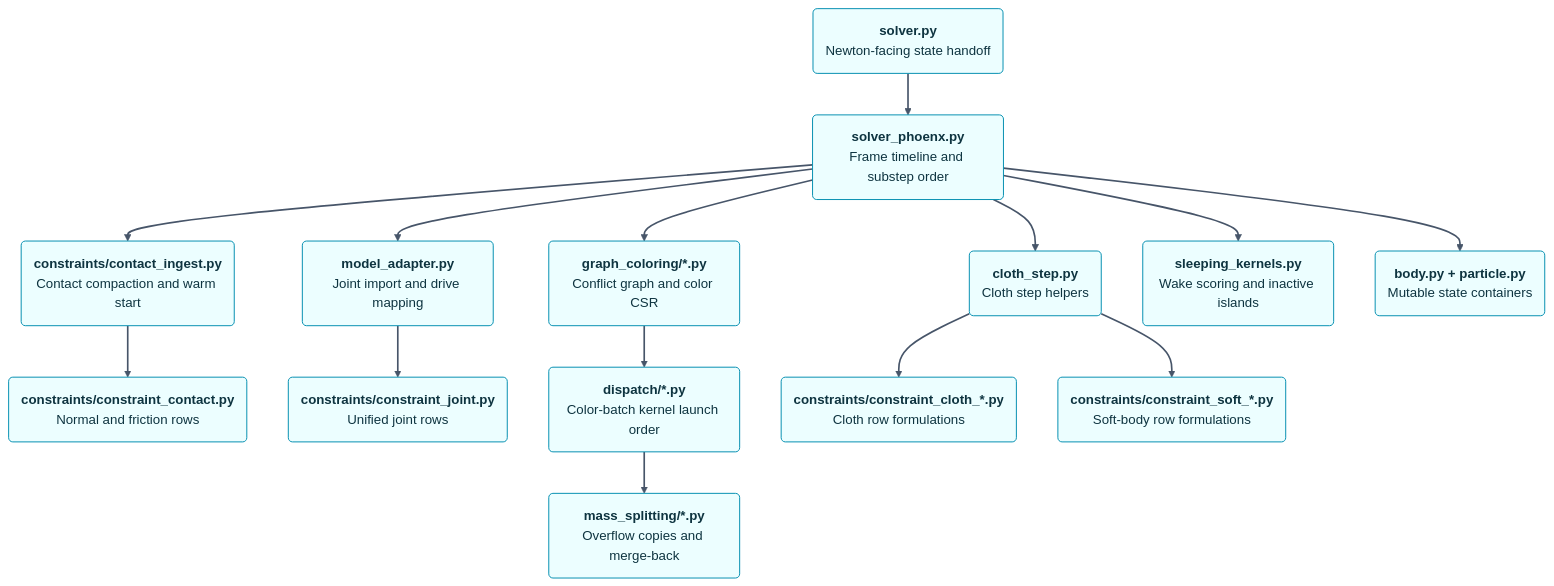
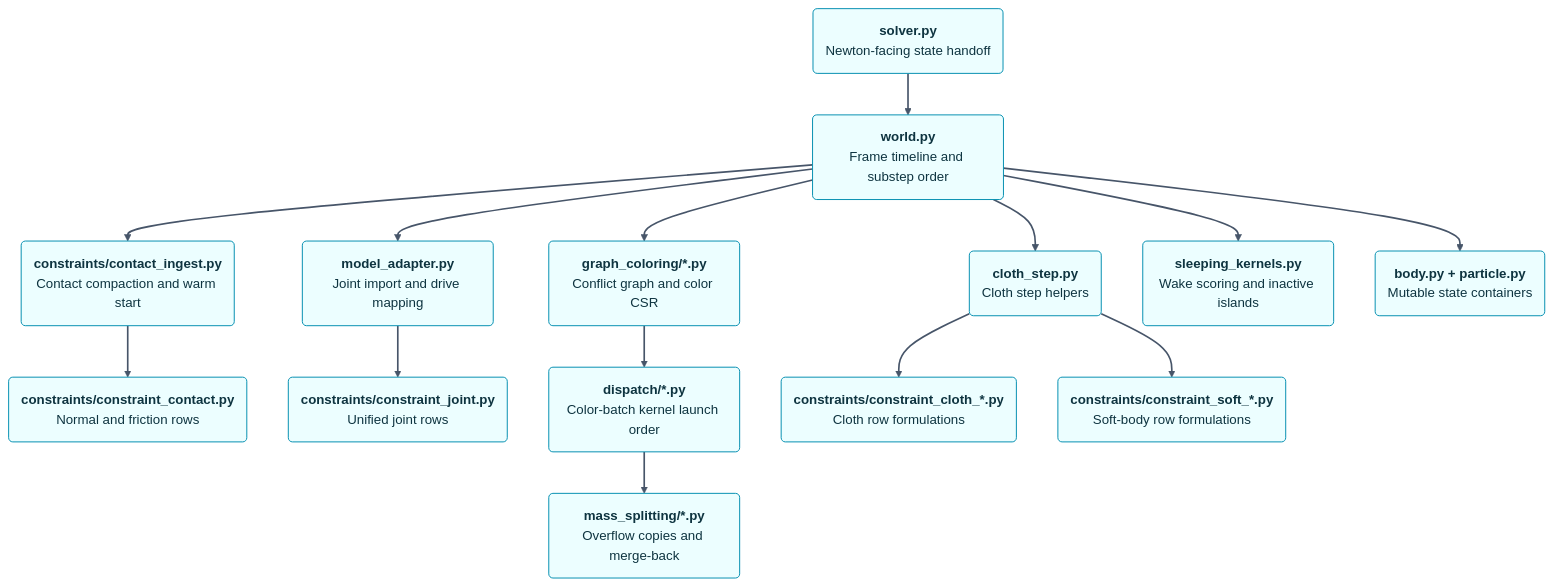
The fifth of 6 diagrams in newton/_src/solvers/phoenx/README.md (nvtw/newton), drawn with Mermaid (base theme) before and after one commit. The commit also changed other lines of this file and 79 other files, not shown here.

````diff
--- a/newton/_src/solvers/phoenx/README.md
+++ b/newton/_src/solvers/phoenx/README.md
@@ -182,44 +182,44 @@
 ```mermaid
 flowchart TD
     classDef file fill:#ecfeff,stroke:#0891b2,stroke-width:1.2px,color:#0e3440
     A("<b>solver.py</b><br/>Newton-facing state handoff"):::file
-    B("<b>solver_phoenx.py</b><br/>Frame timeline and substep order"):::file
+    B("<b>world.py</b><br/>Frame timeline and substep order"):::file
     C("<b>constraints/contact_ingest.py</b><br/>Contact compaction and warm start"):::file
     D("<b>constraints/constraint_contact.py</b><br/>Normal and friction rows"):::file
     E("<b>model_adapter.py</b><br/>Joint import and drive mapping"):::file
     F("<b>constraints/constraint_joint.py</b><br/>Unified joint rows"):::file
     G("<b>graph_coloring/*.py</b><br/>Conflict graph and color CSR"):::file
     H("<b>dispatch/*.py</b><br/>Color-batch kernel launch order"):::file
     I("<b>cloth_step.py</b><br/>Cloth step helpers"):::file
     J("<b>constraints/constraint_cloth_*.py</b><br/>Cloth row formulations"):::file
     K("<b>constraints/constraint_soft_*.py</b><br/>Soft-body row formulations"):::file
     L("<b>mass_splitting/*.py</b><br/>Overflow copies and merge-back"):::file
     M("<b>sleeping_kernels.py</b><br/>Wake scoring and inactive islands"):::file
     N("<b>body.py + particle.py</b><br/>Mutable state containers"):::file
     A --> B
     B --> C
     C --> D
     B --> E
     E --> F
     B --> G
     G --> H
     B --> I
     I --> J
     I --> K
     H --> L
     B --> M
     B --> N
     linkStyle 0 stroke:#475569,stroke-width:2px
     linkStyle 1 stroke:#475569,stroke-width:2px
     linkStyle 2 stroke:#475569,stroke-width:2px
     linkStyle 3 stroke:#475569,stroke-width:2px
     linkStyle 4 stroke:#475569,stroke-width:2px
     linkStyle 5 stroke:#475569,stroke-width:2px
     linkStyle 6 stroke:#475569,stroke-width:2px
     linkStyle 7 stroke:#475569,stroke-width:2px
     linkStyle 8 stroke:#475569,stroke-width:2px
     linkStyle 9 stroke:#475569,stroke-width:2px
     linkStyle 10 stroke:#475569,stroke-width:2px
     linkStyle 11 stroke:#475569,stroke-width:2px
     linkStyle 12 stroke:#475569,stroke-width:2px
 ```
````
